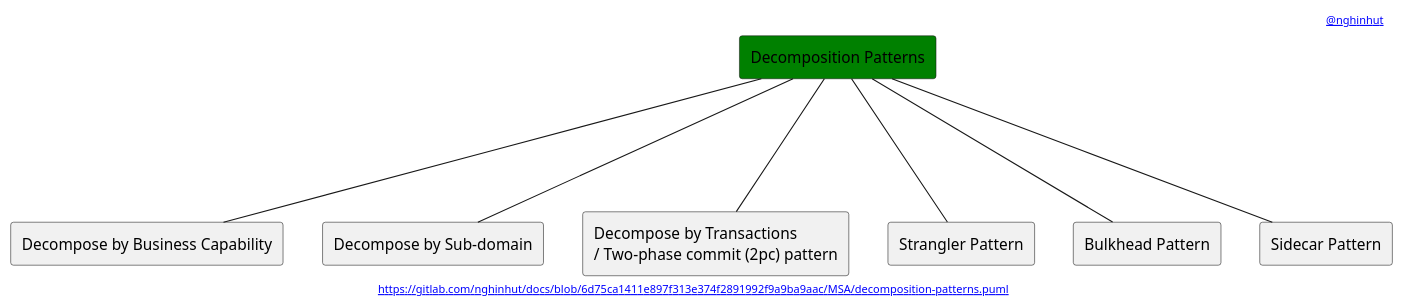
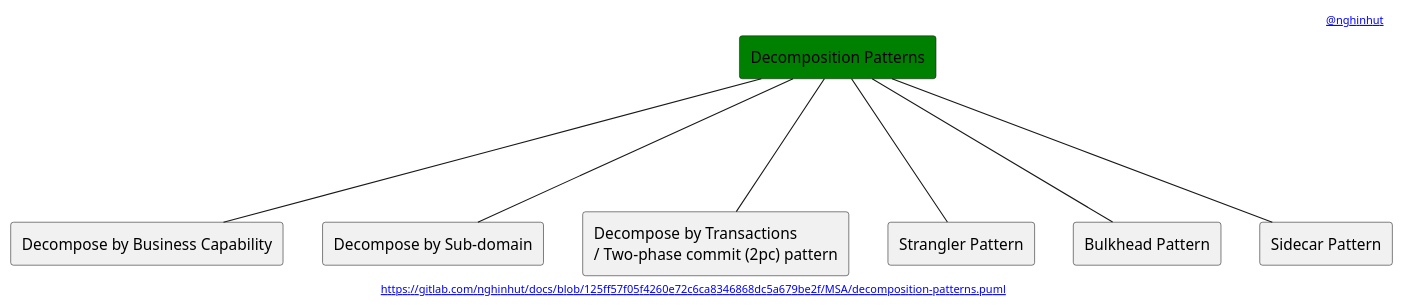
Before and after one commit to nghinhut/docs: the diagram in MSA/decomposition-patterns.puml, drawn with PlantUML. The commit also changed 22 other files, not shown here.

Commit message:
Update diagrams

```diff
--- a/MSA/decomposition-patterns.puml
+++ b/MSA/decomposition-patterns.puml
@@ -1,22 +1,22 @@
 @startuml
 '-----START auto generated metadata please keep comment here to allow auto update-----
 '-----DON'T EDIT THIS SECTION, INSTEAD RE-RUN prebuild.sh TO UPDATE-----
-header [[https://www.nghinhut.dev?from=http%5C%3A%5C%2F%5C%2Fwww%5C.plantuml%5C.com%5C%2Fplantuml%5C%2Fproxy%3Ffmt%3Dsvg%5C%26src%3Dhttps%5C%3A%5C%2F%5C%2Fgitlab%5C.com%5C%2Fnghinhut%5C%2Fdocs%5C%2Fraw%5C%2F6d75ca1411e897f313e374f2891992f9a9ba9aac%5C%2FMSA%5C%2Fdecomposition-patterns%5C.puml%0A @nghinhut]]
-footer [[http://www.plantuml.com/plantuml/proxy?fmt=svg&src=https://gitlab.com/nghinhut/docs/raw/6d75ca1411e897f313e374f2891992f9a9ba9aac/MSA/decomposition-patterns.puml https://gitlab.com/nghinhut/docs/blob/6d75ca1411e897f313e374f2891992f9a9ba9aac/MSA/decomposition-patterns.puml]]
+header [[https://www.nghinhut.dev?from=http%5C%3A%5C%2F%5C%2Fwww%5C.plantuml%5C.com%5C%2Fplantuml%5C%2Fproxy%3Ffmt%3Dsvg%5C%26src%3Dhttps%5C%3A%5C%2F%5C%2Fgitlab%5C.com%5C%2Fnghinhut%5C%2Fdocs%5C%2Fraw%5C%2F125ff57f05f4260e72c6ca8346868dc5a679be2f%5C%2FMSA%5C%2Fdecomposition-patterns%5C.puml%0A @nghinhut]]
+footer [[http://www.plantuml.com/plantuml/proxy?fmt=svg&src=https://gitlab.com/nghinhut/docs/raw/125ff57f05f4260e72c6ca8346868dc5a679be2f/MSA/decomposition-patterns.puml https://gitlab.com/nghinhut/docs/blob/125ff57f05f4260e72c6ca8346868dc5a679be2f/MSA/decomposition-patterns.puml]]
 '-----END auto generated metadata please keep comment here to allow auto update-----
 
 rectangle "Decomposition Patterns" as Decomposition #green
 
 rectangle "Decompose by Business Capability" as DecompositionP1
 rectangle "Decompose by Sub-domain" as DecompositionP2
 rectangle "Decompose by Transactions\n/ Two-phase commit (2pc) pattern" as DecompositionP3
 rectangle "Strangler Pattern" as DecompositionP4
 rectangle "Bulkhead Pattern" as DecompositionP5
 rectangle "Sidecar Pattern" as DecompositionP6
 Decomposition --- DecompositionP1
 Decomposition --- DecompositionP2
 Decomposition --- DecompositionP3
 Decomposition --- DecompositionP4
 Decomposition --- DecompositionP5
 Decomposition --- DecompositionP6
 @enduml
```
